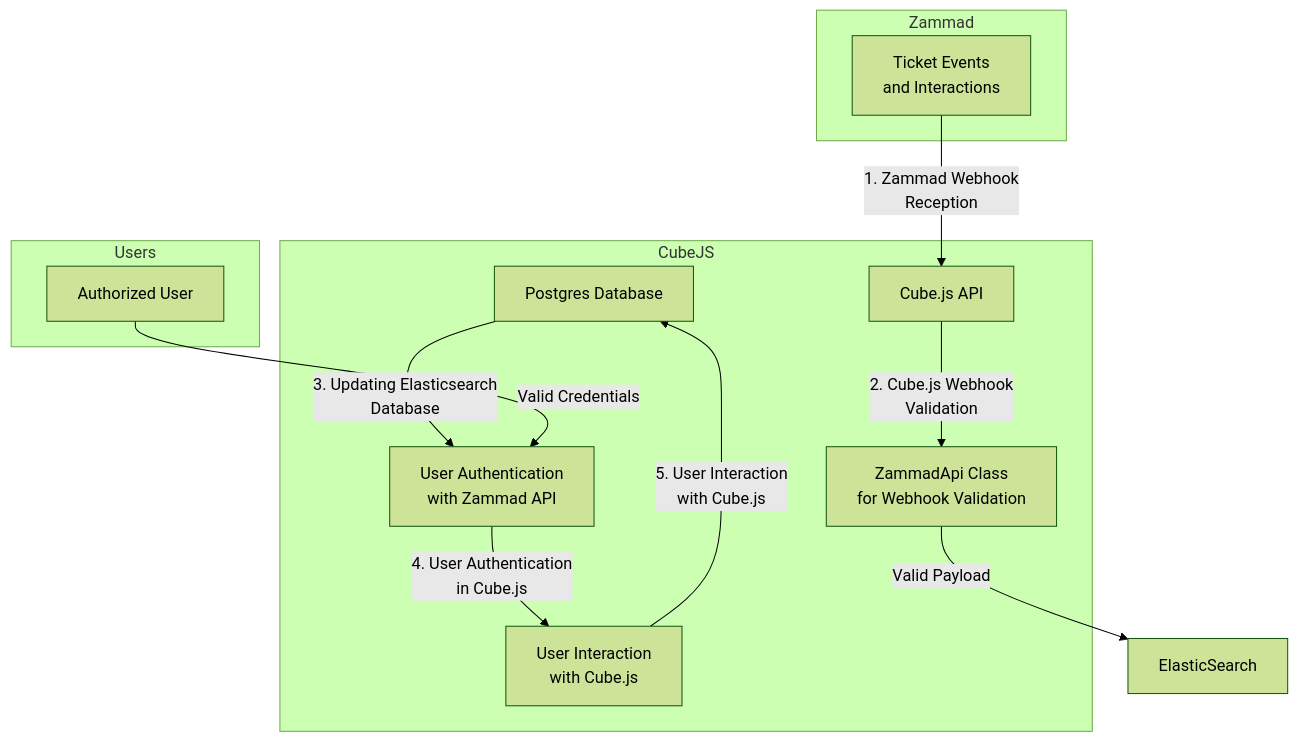
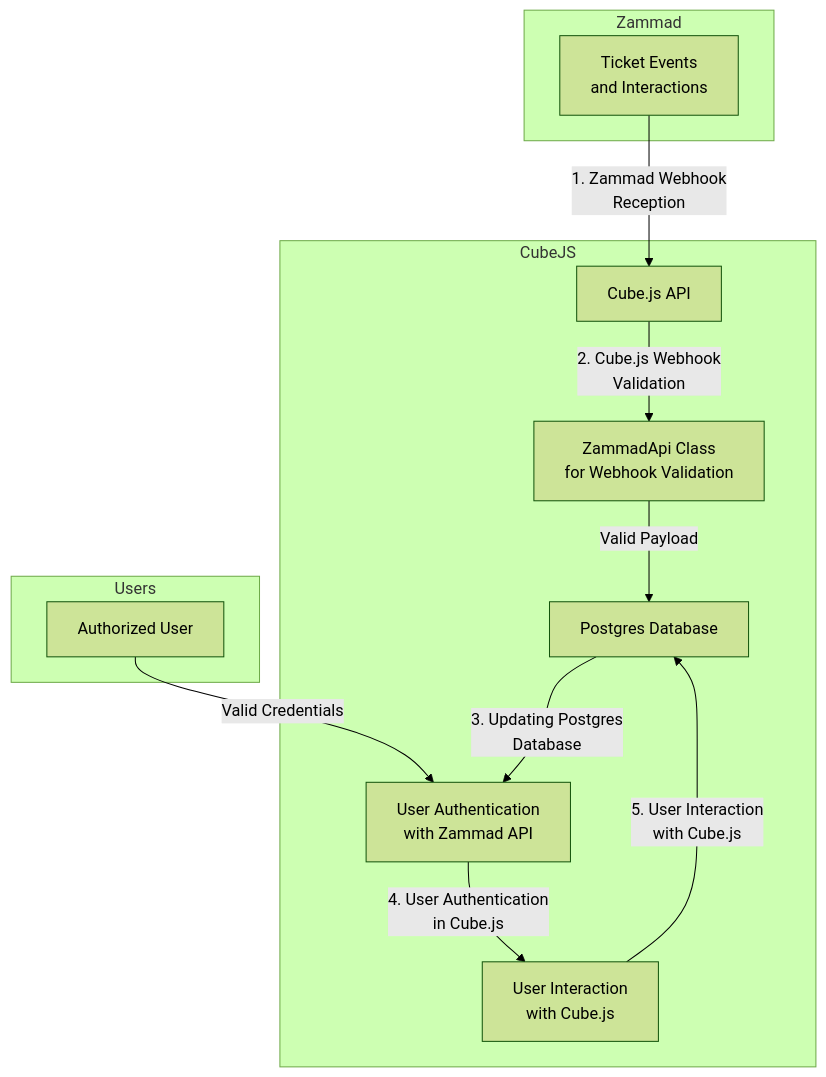
Before and after one commit to LuigiClemente/cube_zammad: the diagram in README.md, drawn with Mermaid (forest theme). The commit also changed other lines of this file, not shown here.

````diff
--- a/README.md
+++ b/README.md
@@ -1,27 +1,27 @@
 ```mermaid
 flowchart TD
     subgraph Zammad
         ZammadEvents[Ticket Events<br>and Interactions]
     end
 
     subgraph CubeJS
         CubeJSAPI[Cube.js API]
         ZammadApi[ZammadApi Class<br>for Webhook Validation]
         Postgres[Postgres Database]
         UserAuth[User Authentication<br>with Zammad API]
         UserInteraction[User Interaction<br>with Cube.js]
     end
 
     subgraph Users
         AuthorizedUser[Authorized User]
     end
 
     ZammadEvents -->|1. Zammad Webhook<br>Reception| CubeJSAPI
     CubeJSAPI -->|2. Cube.js Webhook<br>Validation| ZammadApi
-    ZammadApi -->|Valid Payload| ElasticSearch
-    Postgres -->|3. Updating Elasticsearch<br>Database| UserAuth
+    ZammadApi -->|Valid Payload| Postgres
+    Postgres -->|3. Updating Postgres<br>Database| UserAuth
     UserAuth -->|4. User Authentication<br>in Cube.js| UserInteraction
     UserInteraction -->|5. User Interaction<br>with Cube.js| Postgres
 
     AuthorizedUser -->|Valid Credentials| UserAuth
 ```
````
